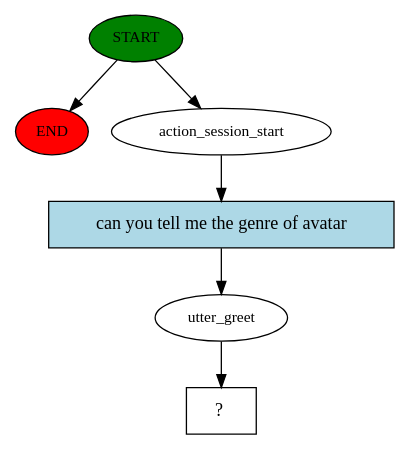
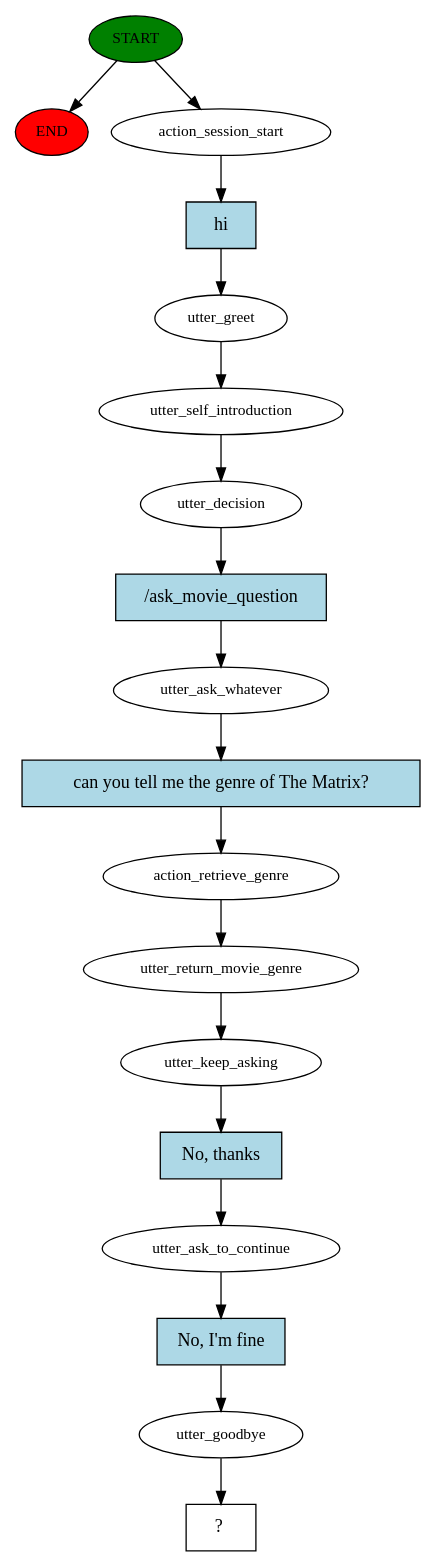
The diagram in story_graph.dot (Bru0x11/Human_Machine_Dialogue-Rasa), drawn with Graphviz before and after one commit. The commit also changed 14 other files, not shown here.

```diff
--- a/story_graph.dot
+++ b/story_graph.dot
@@ -1,13 +1,37 @@
 digraph  {
 0 [class="start active", fillcolor=green, fontsize=12, label=START, style=filled];
 "-1" [class=end, fillcolor=red, fontsize=12, label=END, style=filled];
 1 [class=active, fontsize=12, label=action_session_start];
 2 [class=active, fontsize=12, label=utter_greet];
-3 [class="intent dashed active", label="  ?  ", shape=rect];
-4 [class="intent active", fillcolor=lightblue, label="can you tell me the genre of avatar", shape=rect, style=filled];
+3 [class=active, fontsize=12, label=utter_self_introduction];
+4 [class=active, fontsize=12, label=utter_decision];
+5 [class=active, fontsize=12, label=utter_ask_whatever];
+6 [class=active, fontsize=12, label=action_retrieve_genre];
+7 [class=active, fontsize=12, label=utter_return_movie_genre];
+8 [class=active, fontsize=12, label=utter_keep_asking];
+9 [class=active, fontsize=12, label=utter_ask_to_continue];
+10 [class=active, fontsize=12, label=utter_goodbye];
+11 [class="intent dashed active", label="  ?  ", shape=rect];
+12 [class="intent active", fillcolor=lightblue, label=hi, shape=rect, style=filled];
+13 [class="intent active", fillcolor=lightblue, label="/ask_movie_question", shape=rect, style=filled];
+14 [class="intent active", fillcolor=lightblue, label="can you tell me the genre of The Matrix?", shape=rect, style=filled];
+15 [class="intent active", fillcolor=lightblue, label="No, thanks", shape=rect, style=filled];
+16 [class="intent active", fillcolor=lightblue, label="No, I'm fine", shape=rect, style=filled];
 0 -> "-1"  [class="", key=NONE, label=""];
 0 -> 1  [class=active, key=NONE, label=""];
-1 -> 4  [class=active, key=0];
+1 -> 12  [class=active, key=0];
 2 -> 3  [class=active, key=NONE, label=""];
-4 -> 2  [class=active, key=0];
+3 -> 4  [class=active, key=NONE, label=""];
+4 -> 13  [class=active, key=0];
+5 -> 14  [class=active, key=0];
+6 -> 7  [class=active, key=NONE, label=""];
+7 -> 8  [class=active, key=NONE, label=""];
+8 -> 15  [class=active, key=0];
+9 -> 16  [class=active, key=0];
+10 -> 11  [class=active, key=NONE, label=""];
+12 -> 2  [class=active, key=0];
+13 -> 5  [class=active, key=0];
+14 -> 6  [class=active, key=0];
+15 -> 9  [class=active, key=0];
+16 -> 10  [class=active, key=0];
 }
```
